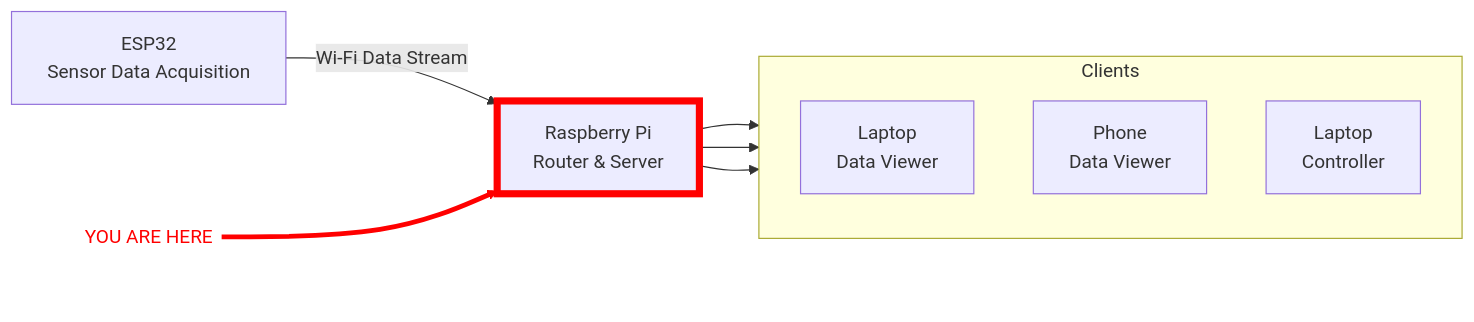
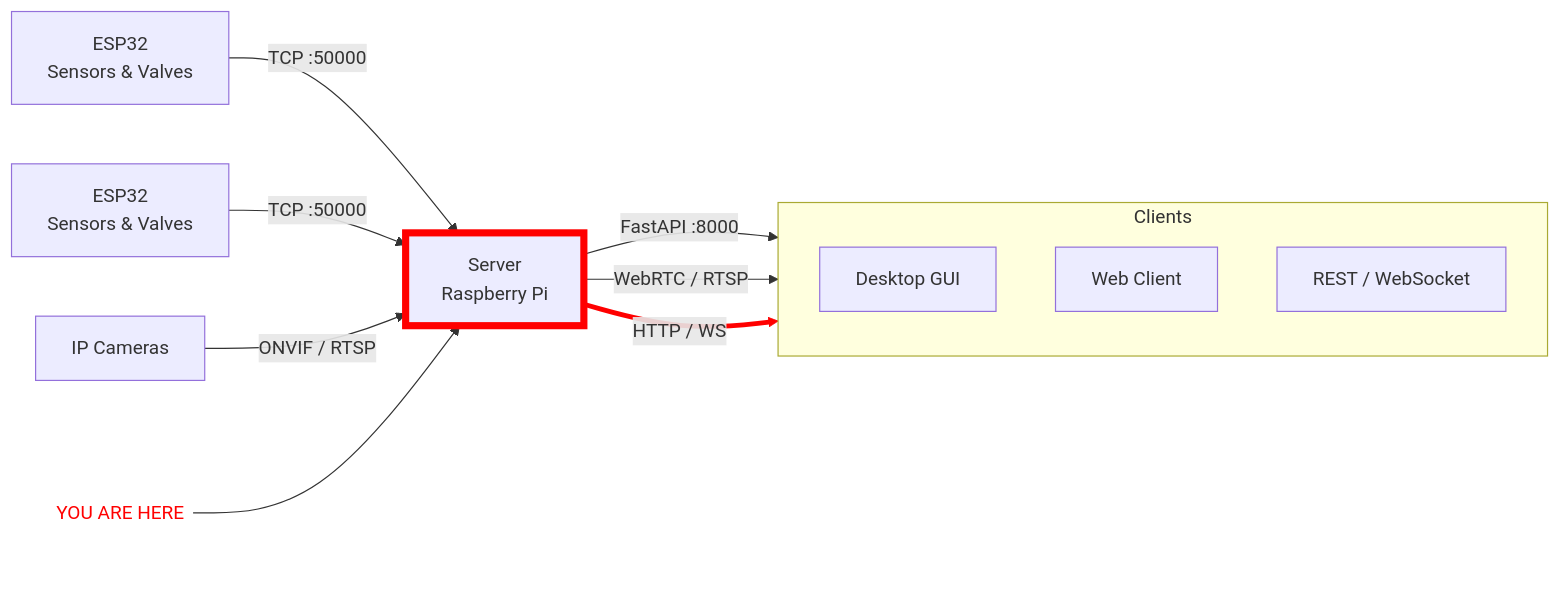
One commit to Queens-Rocket-Engineering-Team/prop-teststand changed the diagram in README.md. Above: the diagram before and after it, drawn with Mermaid. The commit also changed other lines of this file and 15 other files, not shown here.

````diff
--- a/README.md
+++ b/README.md
@@ -24,22 +9,24 @@
 ```mermaid
 flowchart LR
-    ESP[ESP32<br>Sensor Data Acquisition] -->|Wi-Fi Data Stream| Pi[Raspberry Pi<br>Router & Server];
+    ESP1[ESP32<br>Sensors & Valves] -->|TCP :50000| Pi
+    ESP2[ESP32<br>Sensors & Valves] -->|TCP :50000| Pi
+    Cam[IP Cameras] -->|ONVIF / RTSP| Pi
+
+    Pi[Server<br>Raspberry Pi]
 
     subgraph Clients
       direction TB
-      Client1[Laptop<br>Data Viewer]
-      Client2[Phone<br>Data Viewer]
-      Client3[Laptop<br>Controller]
+      GUI[Desktop GUI]
+      Web[Web Client]
+      API[REST / WebSocket]
     end
-    Pi --> Client1
-    Pi --> Client2
-    Pi --> Client3
+
+    Pi -->|FastAPI :8000| GUI
+    Pi -->|WebRTC / RTSP| Web
+    Pi -->|HTTP / WS| API
 
     Here((YOU ARE HERE)) --> Pi:::youAreHere
-
     classDef youAreHere stroke:red, stroke-width:6px;
-        linkStyle 4 stroke:red,stroke-width:4px
-
+    linkStyle 5 stroke:red,stroke-width:4px
     style Here fill:transparent,stroke:none,color:red;
-
 ```
````
